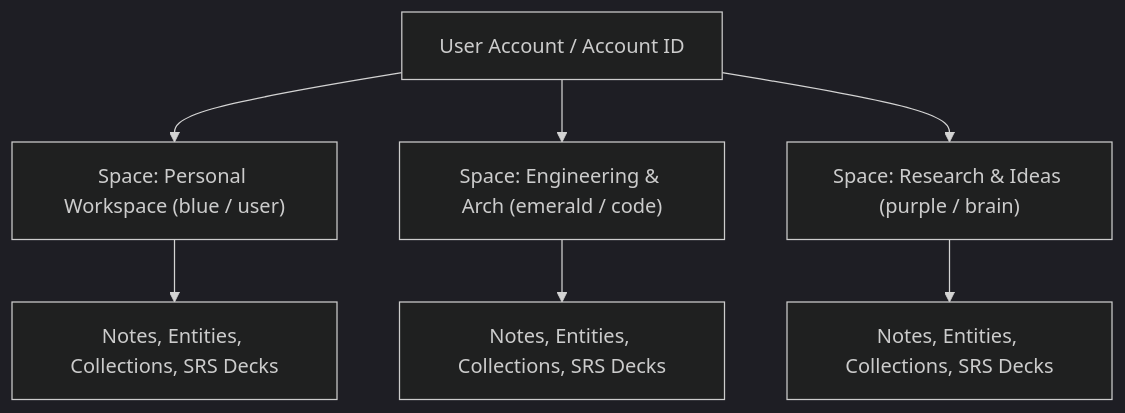
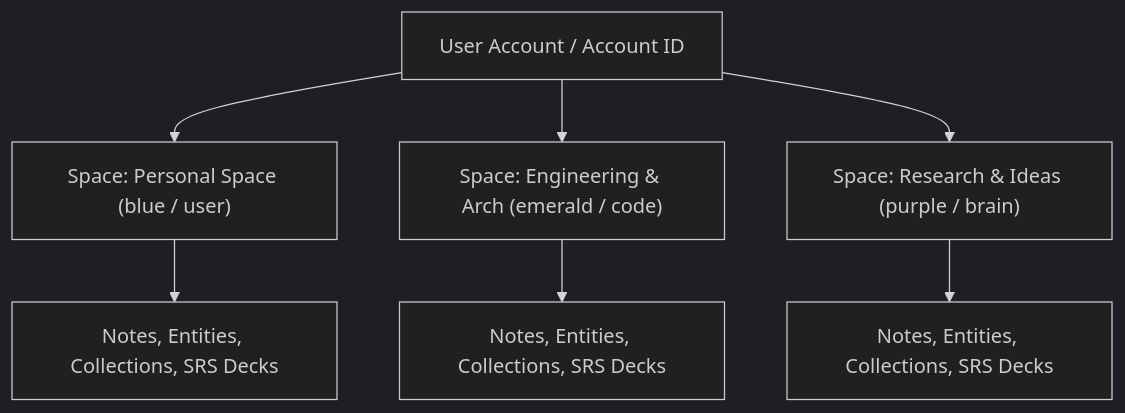
The first of 2 diagrams in docs/architecture/spaces.md (ianmaciel7/notes-app), drawn with Mermaid (dark theme) before and after one commit. The commit also changed other lines of this file and 60 other files, not shown here.

Commit message:
feat: add object-specific split button components, UI primitives, and architectural documentation

````diff
--- a/docs/architecture/spaces.md
+++ b/docs/architecture/spaces.md
@@ -11,10 +11,10 @@
 ```mermaid
 flowchart TD
-    Account[User Account / Account ID] --> Space1["Space: Personal Workspace (blue / user)"]
+    Account[User Account / Account ID] --> Space1["Space: Personal Space (blue / user)"]
     Account --> Space2["Space: Engineering & Arch (emerald / code)"]
     Account --> Space3["Space: Research & Ideas (purple / brain)"]
 
     Space1 --> Objects1["Notes, Entities, Collections, SRS Decks"]
     Space2 --> Objects2["Notes, Entities, Collections, SRS Decks"]
     Space3 --> Objects3["Notes, Entities, Collections, SRS Decks"]
 ```
````
